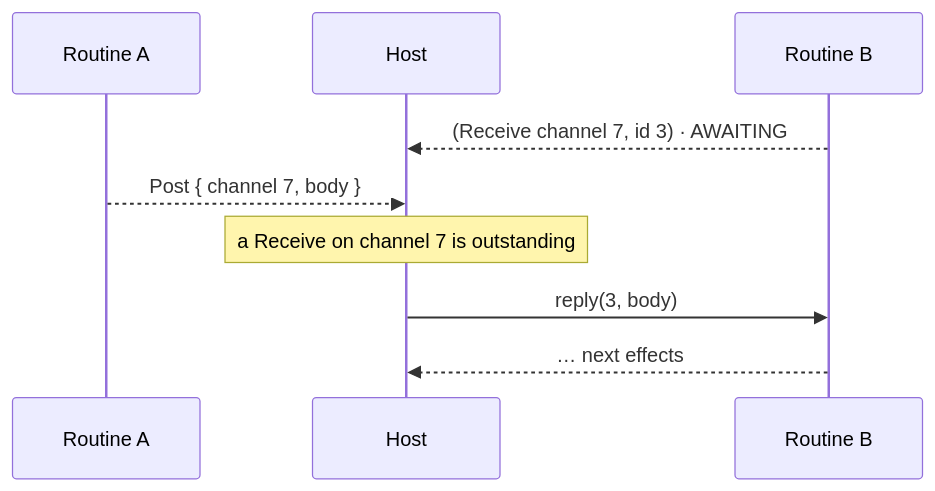
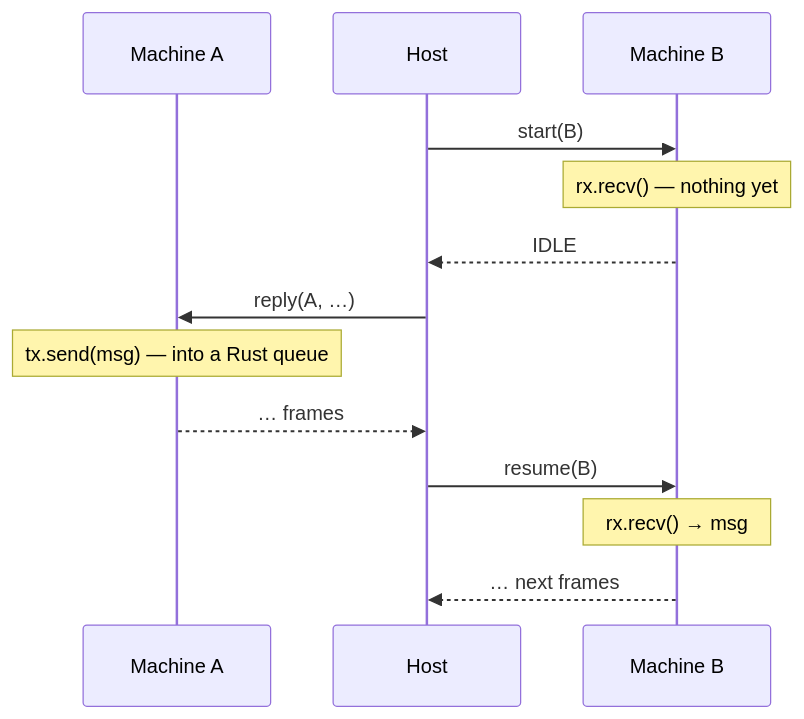
Before and after one commit to inkandswitch/sans-effort: the diagram in design/channels.md, drawn with Mermaid. The commit also changed other lines of this file and 30 other files, not shown here.

````diff
--- a/design/channels.md
+++ b/design/channels.md
@@ -36,12 +24,16 @@
 ```mermaid
 sequenceDiagram
-    participant A as Routine A
+    participant A as Machine A
     participant H as Host
-    participant B as Routine B
+    participant B as Machine B
 
-    B-->>H: (Receive channel 7, id 3) · AWAITING
-    A-->>H: Post { channel 7, body }
-    Note over H: a Receive on channel 7 is outstanding
-    H->>B: reply(3, body)
-    B-->>H: … next effects
+    H->>B: start(B)
+    Note over B: rx.recv() — nothing yet
+    B-->>H: IDLE
+    H->>A: reply(A, …)
+    Note over A: tx.send(msg) — into a Rust queue
+    A-->>H: … frames
+    H->>B: resume(B)
+    Note over B: rx.recv() → msg
+    B-->>H: … next frames
 ```
````
